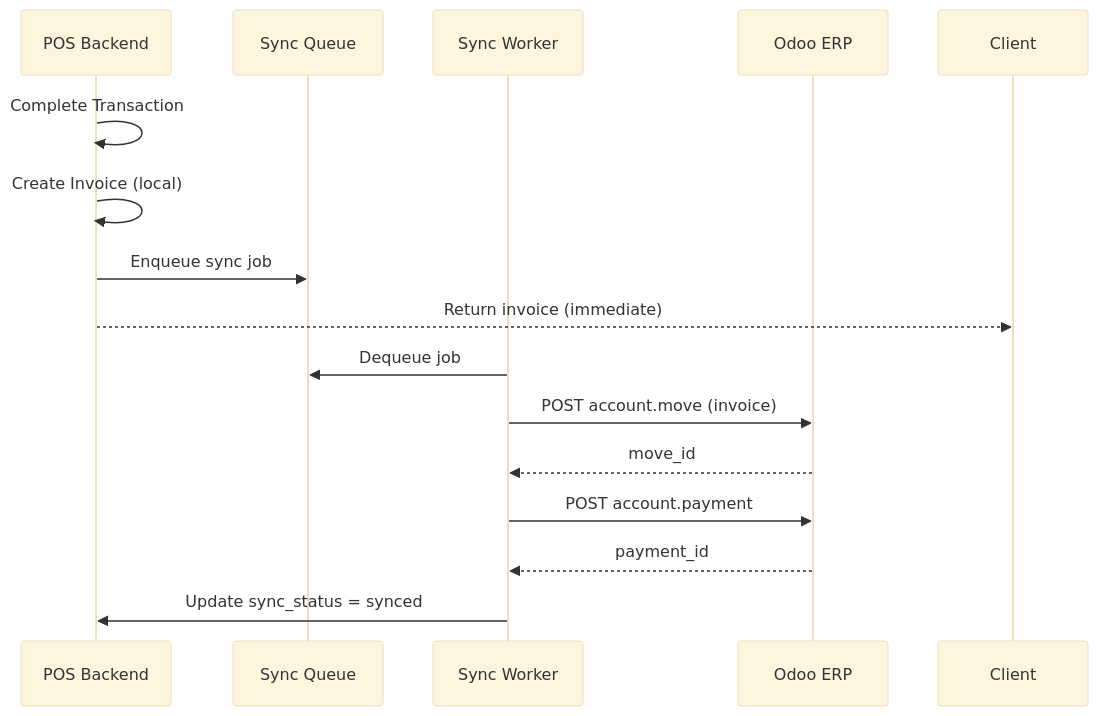
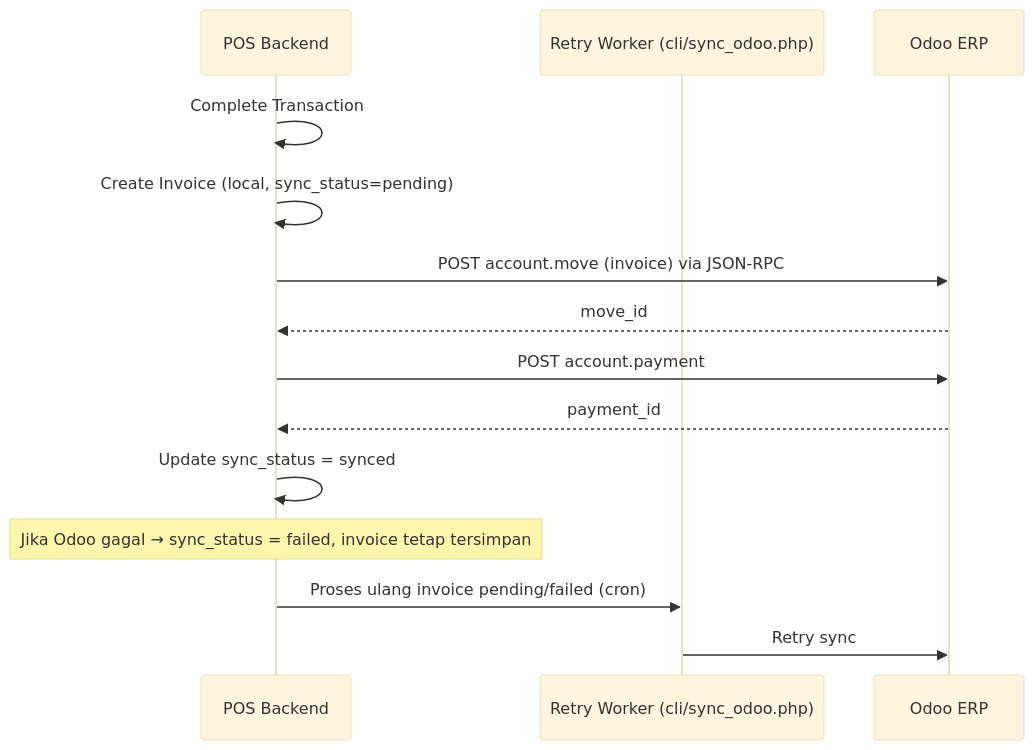
Before and after one commit to Andre1qaz/Zi.Care_pos_app: the fifth of 8 diagrams in zicare/docs/01-system-architecture.md, drawn with Mermaid (base theme). The commit also changed other lines of this file and 77 other files, not shown here.

````diff
--- a/zicare/docs/01-system-architecture.md
+++ b/zicare/docs/01-system-architecture.md
@@ -189,19 +185,17 @@
 ```mermaid
 sequenceDiagram
     participant POS as POS Backend
-    participant Queue as Sync Queue
-    participant Worker as Sync Worker
+    participant Worker as Retry Worker (cli/sync_odoo.php)
     participant Odoo as Odoo ERP
 
     POS->>POS: Complete Transaction
-    POS->>POS: Create Invoice (local)
-    POS->>Queue: Enqueue sync job
-    POS-->>Client: Return invoice (immediate)
-
-    Worker->>Queue: Dequeue job
-    Worker->>Odoo: POST account.move (invoice)
-    Odoo-->>Worker: move_id
-    Worker->>Odoo: POST account.payment
-    Odoo-->>Worker: payment_id
-    Worker->>POS: Update sync_status = synced
+    POS->>POS: Create Invoice (local, sync_status=pending)
+    POS->>Odoo: POST account.move (invoice) via JSON-RPC
+    Odoo-->>POS: move_id
+    POS->>Odoo: POST account.payment
+    Odoo-->>POS: payment_id
+    POS->>POS: Update sync_status = synced
+    Note over POS: Jika Odoo gagal → sync_status = failed, invoice tetap tersimpan
+    POS->>Worker: Proses ulang invoice pending/failed (cron)
+    Worker->>Odoo: Retry sync
 ```
````
